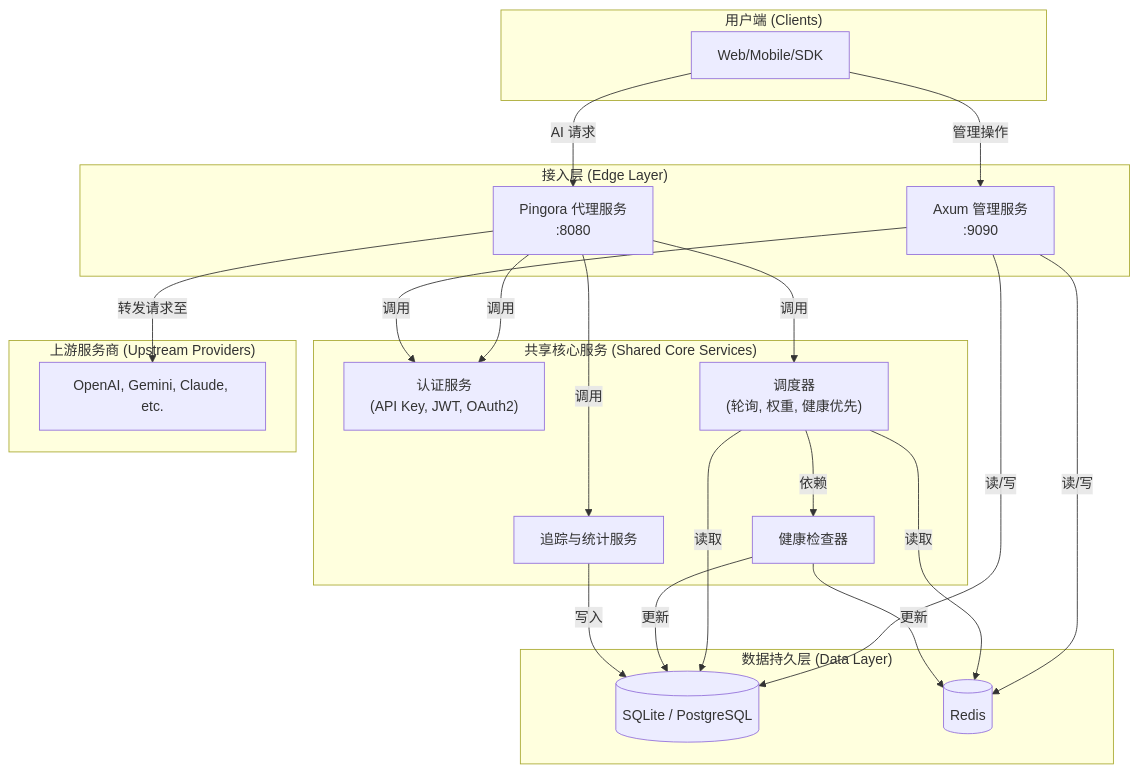
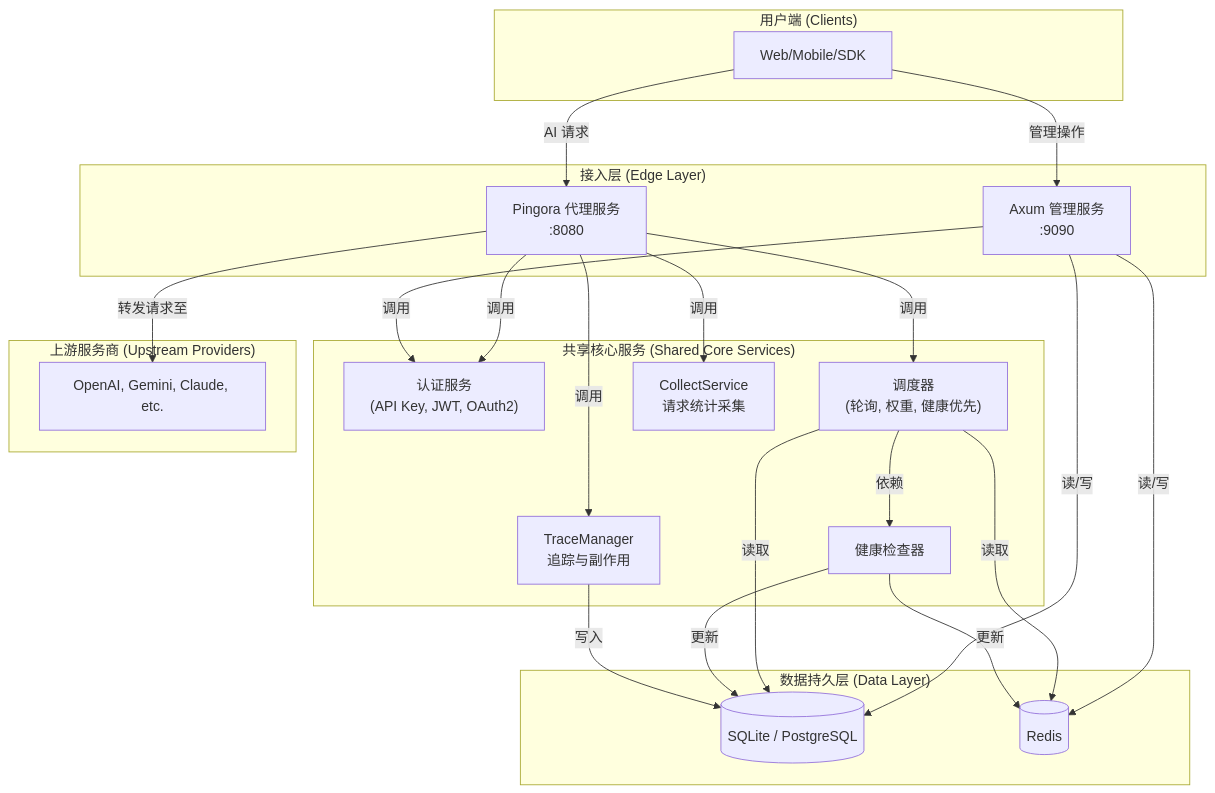
Before and after one commit to MAQSOODAWANhaha/api-proxy: the diagram in docs/DESIGN.md, drawn with Mermaid. The commit also changed other lines of this file and 31 other files, not shown here.

First line of the commit message:
feat(trace): Implement TraceManager for unified request tracing management

````diff
--- a/docs/DESIGN.md
+++ b/docs/DESIGN.md
@@ -100,47 +100,49 @@
 ```mermaid
 graph TD
     subgraph "用户端 (Clients)"
         Client[Web/Mobile/SDK]
     end
 
     subgraph "接入层 (Edge Layer)"
         ProxyServer["Pingora 代理服务<br/>:8080"]
         MgmtServer["Axum 管理服务<br/>:9090"]
     end
 
     subgraph "共享核心服务 (Shared Core Services)"
         AuthService["认证服务<br/>(API Key, JWT, OAuth2)"]
         Scheduler["调度器<br/>(轮询, 权重, 健康优先)"]
         HealthChecker["健康检查器"]
-        TracingService["追踪与统计服务"]
+        CollectService["CollectService<br/>请求统计采集"]
+        TraceManager["TraceManager<br/>追踪与副作用"]
     end
 
     subgraph "数据持久层 (Data Layer)"
         Database[(SQLite / PostgreSQL)]
         Cache[(Redis)]
     end
 
     subgraph "上游服务商 (Upstream Providers)"
         Provider[OpenAI, Gemini, Claude, etc.]
     end
 
     Client -- "AI 请求" --> ProxyServer
     Client -- "管理操作" --> MgmtServer
 
     ProxyServer -- "调用" --> AuthService
     ProxyServer -- "调用" --> Scheduler
-    ProxyServer -- "调用" --> TracingService
+    ProxyServer -- "调用" --> CollectService
+    ProxyServer -- "调用" --> TraceManager
     MgmtServer -- "调用" --> AuthService
     MgmtServer -- "读/写" --> Database
     MgmtServer -- "读/写" --> Cache
 
     Scheduler -- "依赖" --> HealthChecker
     Scheduler -- "读取" --> Database
     Scheduler -- "读取" --> Cache
 
     HealthChecker -- "更新" --> Database
     HealthChecker -- "更新" --> Cache
-    TracingService -- "写入" --> Database
+    TraceManager -- "写入" --> Database
 
     ProxyServer -- "转发请求至" --> Provider
 ```
````
